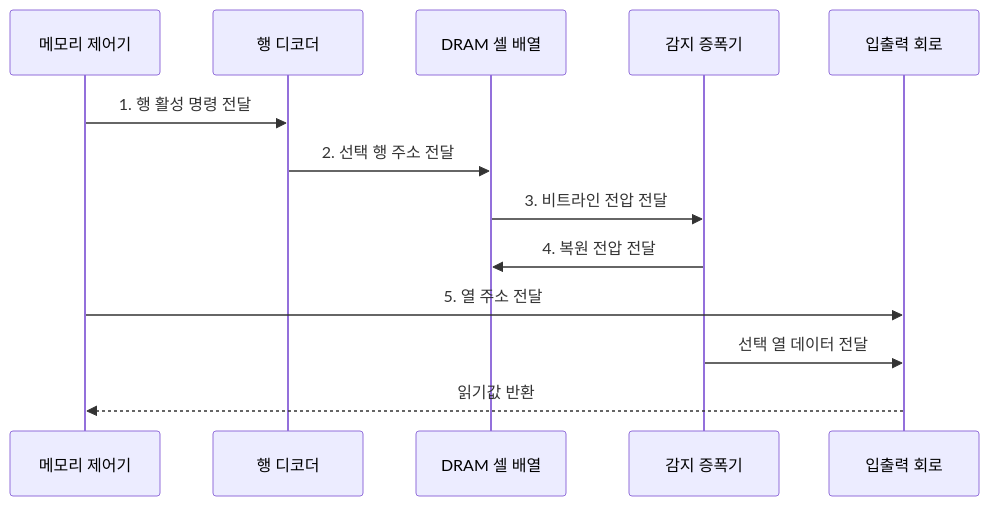
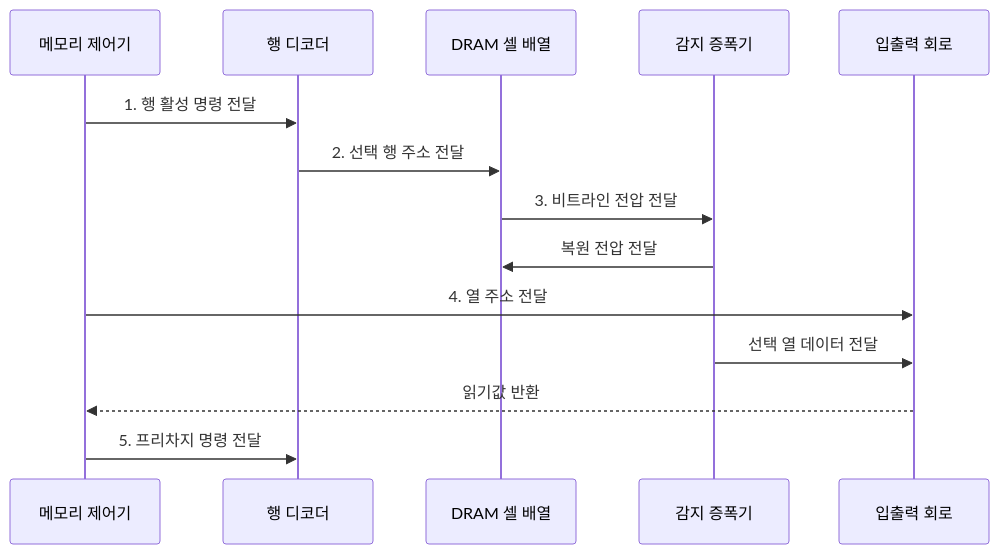
One commit to agnusdei1207/knowledge-base changed the second of 2 diagrams in src/content/docs/notes/02-hardware/023_dram_vs_sram.md. Above: the diagram before and after it, drawn with Mermaid. The commit also changed other lines of this file and 9 other files, not shown here.

````diff
--- a/src/content/docs/notes/02-hardware/023_dram_vs_sram.md
+++ b/src/content/docs/notes/02-hardware/023_dram_vs_sram.md
@@ -94,15 +94,16 @@
 ```mermaid
 sequenceDiagram
     participant C as 메모리 제어기
     participant D as 행 디코더
     participant A as DRAM 셀 배열
     participant S as 감지 증폭기
     participant I as 입출력 회로
     C->>D: 1. 행 활성 명령 전달
     D->>A: 2. 선택 행 주소 전달
     A->>S: 3. 비트라인 전압 전달
-    S->>A: 4. 복원 전압 전달
-    C->>I: 5. 열 주소 전달
+    S->>A: 복원 전압 전달
+    C->>I: 4. 열 주소 전달
     S->>I: 선택 열 데이터 전달
     I-->>C: 읽기값 반환
+    C->>D: 5. 프리차지 명령 전달
 ```
````
